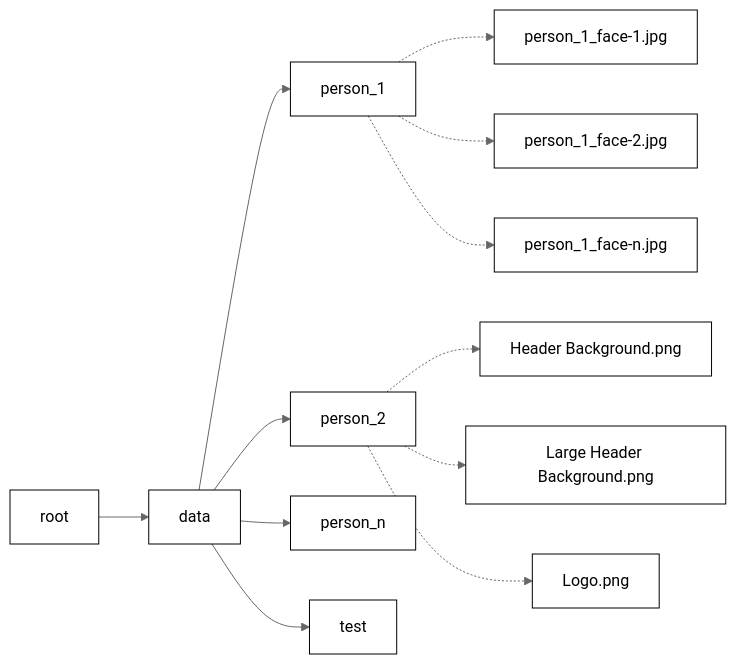
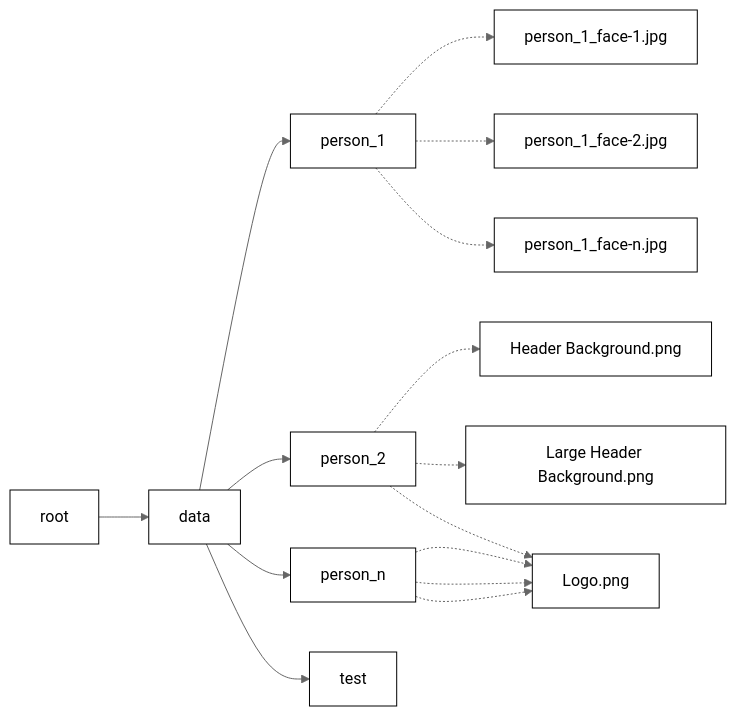
The second of 2 diagrams in README.md (balaboom123/Recognition-System-Using-Deepspeaker-and-Dlib), drawn with Mermaid (neutral theme) before and after one commit. The commit also changed other lines of this file, not shown here.

````diff
--- a/README.md
+++ b/README.md
@@ -44,18 +44,21 @@
 ```mermaid
 graph LR
     C["root"] --> data["data"]
     data --> person_1["person_1"]
     data --> person_2["person_2"]
     data --> person_n["person_n"]
     data --> test["test"]
 
     person_1 -.-> person_1_face-1.jpg["person_1_face-1.jpg"]
     person_1 -.-> person_1_face-2.jpg["person_1_face-2.jpg"]
     person_1 -.-> person_1_face-n.jpg["person_1_face-n.jpg"]
     person_2 -.-> HeaderBackground["Header Background.png"]
     person_2 -.-> LargeHeaderBackground["Large Header Background.png"]
     person_2 -.-> Logo["Logo.png"]
+    person_n -.-> Logo["Logo.png"]
+    person_n -.-> Logo["Logo.png"]
+    person_n -.-> Logo["Logo.png"]
 
     classDef default fill:#fff,stroke:#000,stroke-width:1px;
     classDef assets fill:#f9f9f9,stroke:#000,stroke-width:1px;
 ```
````
